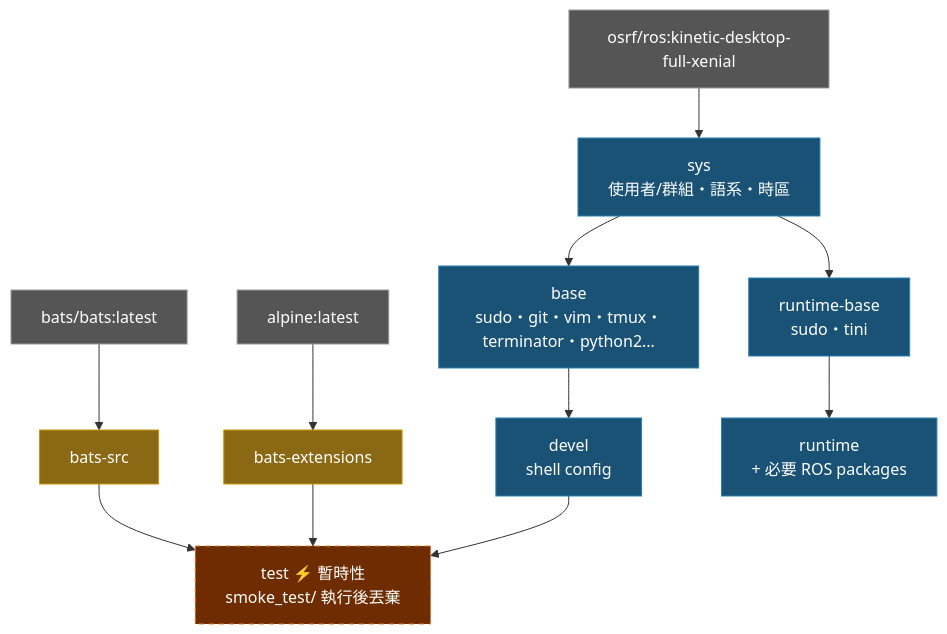
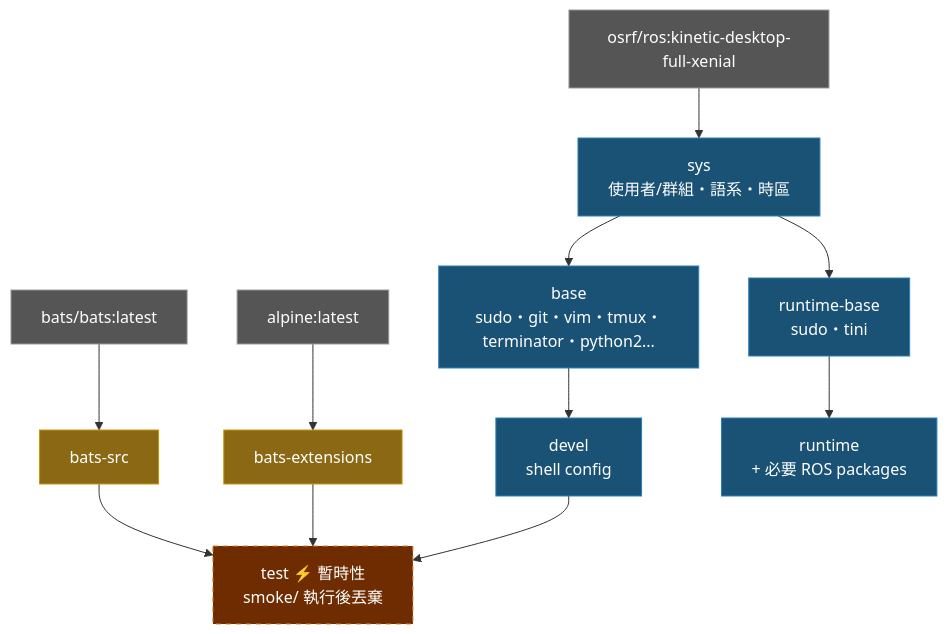
The diagram in doc/README.zh-TW.md (ycpss91255-docker/osrf_ros_kinetic), drawn with Mermaid before and after one commit. The commit also changed other lines of this file and 21 other files, not shown here.

````diff
--- a/doc/README.zh-TW.md
+++ b/doc/README.zh-TW.md
@@ -235,26 +235,26 @@
 ```mermaid
 graph TD
     EXT1["bats/bats:latest"]:::external
     EXT2["alpine:latest"]:::external
     EXT3["osrf/ros:kinetic-desktop-full-xenial"]:::external
 
     EXT1 --> bats-src["bats-src"]:::tool
     EXT2 --> bats-ext["bats-extensions"]:::tool
 
     EXT3 --> sys["sys\n使用者/群組・語系・時區"]:::stage
 
     sys --> base["base\nsudo・git・vim・tmux・terminator・python2..."]:::stage
     base --> devel["devel\nshell config"]:::stage
 
-    bats-src --> test["test  ⚡ 暫時性\nsmoke_test/ 執行後丟棄"]:::ephemeral
+    bats-src --> test["test  ⚡ 暫時性\nsmoke/ 執行後丟棄"]:::ephemeral
     bats-ext --> test
     devel --> test
 
     sys --> runtime-base["runtime-base\nsudo・tini"]:::stage
     runtime-base --> runtime["runtime\n+ 必要 ROS packages"]:::stage
 
     classDef external fill:#555,color:#fff,stroke:#999
     classDef tool fill:#8B6914,color:#fff,stroke:#c8960c
     classDef stage fill:#1a5276,color:#fff,stroke:#2980b9
     classDef ephemeral fill:#6e2c00,color:#fff,stroke:#e67e22,stroke-dasharray:5 5
 ```
````
